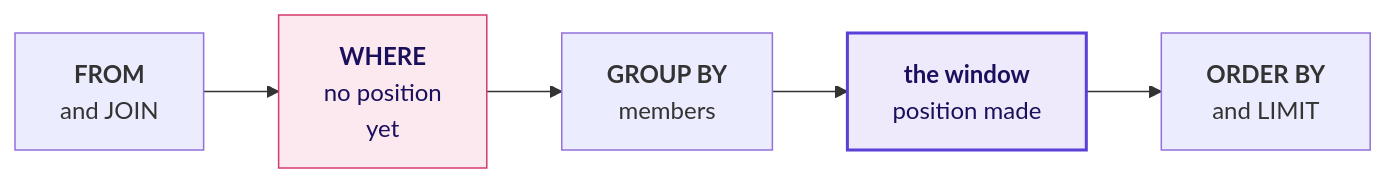
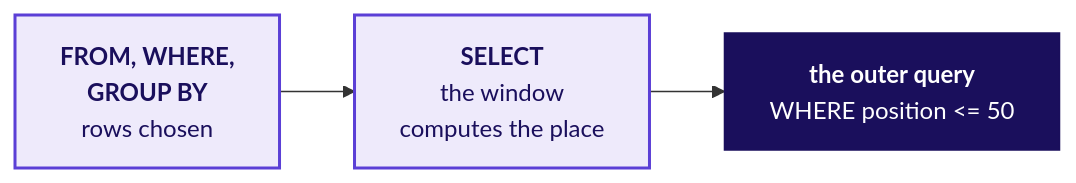
One commit to fde-academy-lab/c2-content-factory changed the tenth of 20 diagrams in content/W02/D3/slides/C2_W02_D03_half1_STUDENT.md. Above: the diagram before and after it, drawn with Mermaid. The commit also changed other lines of this file and 3 other files, not shown here.

````diff
--- a/content/W02/D3/slides/C2_W02_D03_half1_STUDENT.md
+++ b/content/W02/D3/slides/C2_W02_D03_half1_STUDENT.md
@@ -324,11 +685,9 @@
 ```mermaid
 flowchart LR
-    F["<b>FROM</b><br/>and JOIN"] --> W["<b>WHERE</b><br/>no position<br/>yet"]
-    W --> G["<b>GROUP BY</b><br/>members"]
-    G --> X["<b>the window</b><br/>position made"]
-    X --> O["<b>ORDER BY</b><br/>and LIMIT"]
-    classDef bad fill:#FBE9EF,stroke:#D63A6A,color:#1A0F5C
+    F["<b>FROM, WHERE,<br/>GROUP BY</b><br/>rows chosen"] --> S["<b>SELECT</b><br/>the window<br/>computes the place"]
+    S --> O["<b>the outer query</b><br/>WHERE position <= 50"]
     classDef known fill:#EEEAFB,stroke:#5B3FD6,color:#1A0F5C,stroke-width:2px
-    class W bad
-    class X known
+    classDef bet fill:#1A0F5C,stroke:#1A0F5C,color:#FFFFFF
+    class F,S known
+    class O bet
 ```
````
